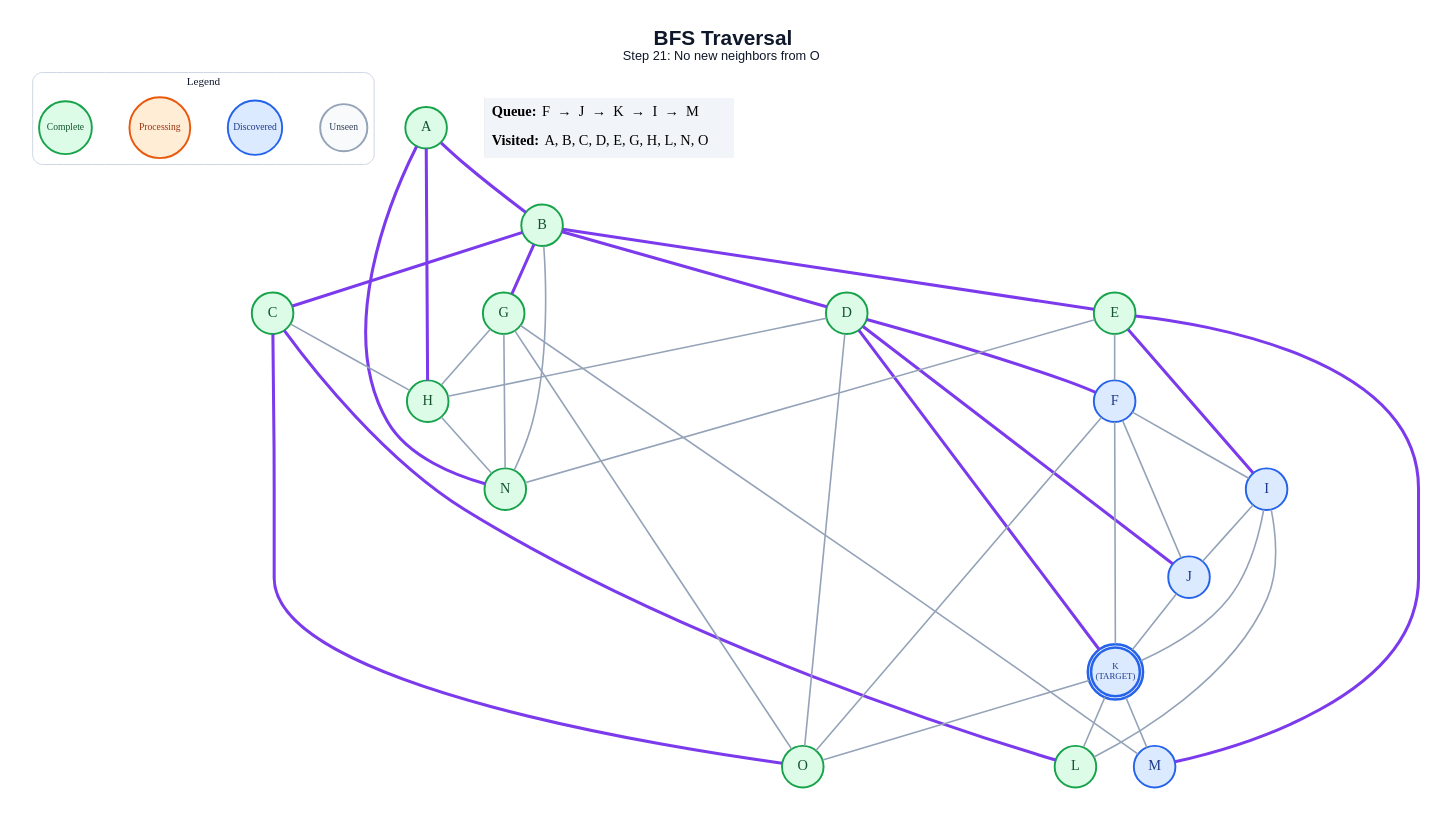
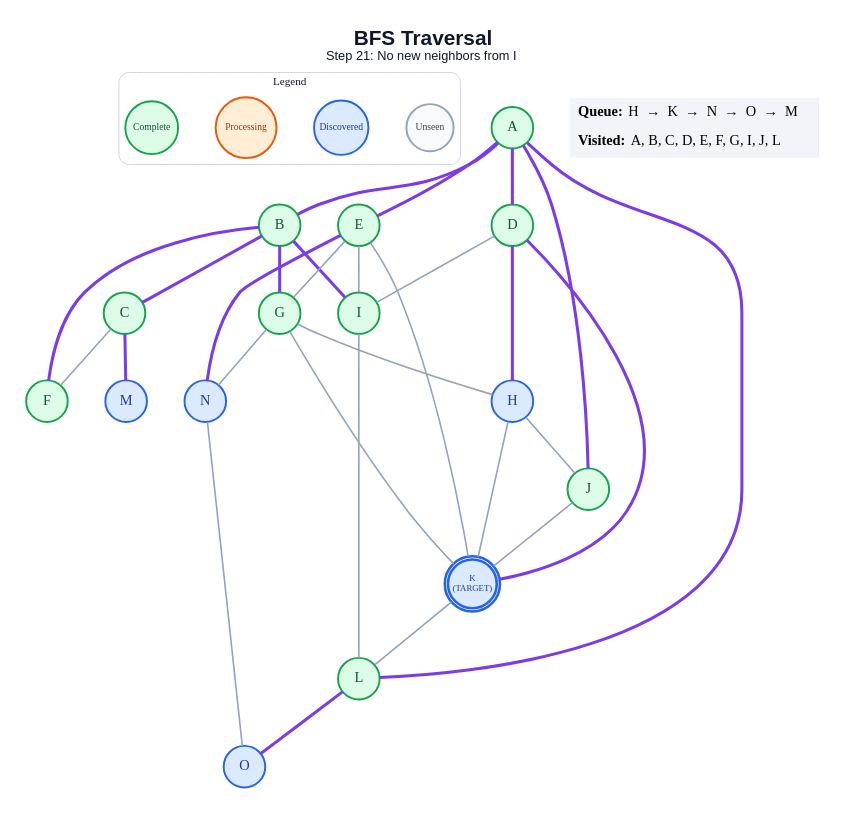
Before and after one commit to anon7238593-create/ai-slop: the diagram in generated/specific-node/bfs/step_21.dot, drawn with Graphviz. The commit also changed 253 other files, not shown here.

```diff
--- a/generated/specific-node/bfs/step_21.dot
+++ b/generated/specific-node/bfs/step_21.dot
@@ -1,70 +1,62 @@
 graph traversal {
   graph [layout=dot, rankdir=TB, bgcolor="#FFFFFF", pad="0.35", nodesep="0.65", ranksep="0.8", fontname="Arial"];
   node [shape=circle, style="filled", fontname="Arial Bold", fontsize=18, width=0.72, fixedsize=true, penwidth=2.4];
   edge [color="#94A3B8", penwidth=2.0];
-  label=<<B>BFS Traversal</B><BR/><FONT POINT-SIZE="16">Step 21: No new neighbors from O</FONT>>; labelloc="t"; fontsize=26; fontname="Arial"; fontcolor="#0F172A";
+  label=<<B>BFS Traversal</B><BR/><FONT POINT-SIZE="16">Step 21: No new neighbors from I</FONT>>; labelloc="t"; fontsize=26; fontname="Arial"; fontcolor="#0F172A";
   subgraph cluster_legend { label="Legend"; color="#CBD5E1"; penwidth=1.2; style="rounded"; fontsize=14; fontname="Arial Bold";
     key_unseen [label="Unseen", fillcolor="#F8FAFC", color="#94A3B8", fontcolor="#334155", fontsize=12, width=0.82];
     key_frontier [label="Discovered", fillcolor="#DBEAFE", color="#2563EB", fontcolor="#1E3A8A", fontsize=12, width=0.95];
     key_current [label="Processing", fillcolor="#FFEDD5", color="#EA580C", fontcolor="#9A3412", fontsize=12, width=1.05];
     key_done [label="Complete", fillcolor="#DCFCE7", color="#16A34A", fontcolor="#14532D", fontsize=12, width=0.92];
     { rank=same; key_unseen; key_frontier; key_current; key_done; }
   }
   A [label="A", fillcolor="#DCFCE7", color="#16A34A", fontcolor="#14532D", peripheries=1, penwidth=2.4];
   B [label="B", fillcolor="#DCFCE7", color="#16A34A", fontcolor="#14532D", peripheries=1, penwidth=2.4];
   C [label="C", fillcolor="#DCFCE7", color="#16A34A", fontcolor="#14532D", peripheries=1, penwidth=2.4];
   D [label="D", fillcolor="#DCFCE7", color="#16A34A", fontcolor="#14532D", peripheries=1, penwidth=2.4];
   E [label="E", fillcolor="#DCFCE7", color="#16A34A", fontcolor="#14532D", peripheries=1, penwidth=2.4];
-  F [label="F", fillcolor="#DBEAFE", color="#2563EB", fontcolor="#1E3A8A", peripheries=1, penwidth=2.4];
+  F [label="F", fillcolor="#DCFCE7", color="#16A34A", fontcolor="#14532D", peripheries=1, penwidth=2.4];
   G [label="G", fillcolor="#DCFCE7", color="#16A34A", fontcolor="#14532D", peripheries=1, penwidth=2.4];
-  H [label="H", fillcolor="#DCFCE7", color="#16A34A", fontcolor="#14532D", peripheries=1, penwidth=2.4];
-  I [label="I", fillcolor="#DBEAFE", color="#2563EB", fontcolor="#1E3A8A", peripheries=1, penwidth=2.4];
-  J [label="J", fillcolor="#DBEAFE", color="#2563EB", fontcolor="#1E3A8A", peripheries=1, penwidth=2.4];
+  H [label="H", fillcolor="#DBEAFE", color="#2563EB", fontcolor="#1E3A8A", peripheries=1, penwidth=2.4];
+  I [label="I", fillcolor="#DCFCE7", color="#16A34A", fontcolor="#14532D", peripheries=1, penwidth=2.4];
+  J [label="J", fillcolor="#DCFCE7", color="#16A34A", fontcolor="#14532D", peripheries=1, penwidth=2.4];
   K [label="K\n(TARGET)", fillcolor="#DBEAFE", color="#2563EB", fontcolor="#1E3A8A", peripheries=2, penwidth=3.2, fontsize=11, width=0.85, height=0.85];
   L [label="L", fillcolor="#DCFCE7", color="#16A34A", fontcolor="#14532D", peripheries=1, penwidth=2.4];
   M [label="M", fillcolor="#DBEAFE", color="#2563EB", fontcolor="#1E3A8A", peripheries=1, penwidth=2.4];
-  N [label="N", fillcolor="#DCFCE7", color="#16A34A", fontcolor="#14532D", peripheries=1, penwidth=2.4];
-  O [label="O", fillcolor="#DCFCE7", color="#16A34A", fontcolor="#14532D", peripheries=1, penwidth=2.4];
+  N [label="N", fillcolor="#DBEAFE", color="#2563EB", fontcolor="#1E3A8A", peripheries=1, penwidth=2.4];
+  O [label="O", fillcolor="#DBEAFE", color="#2563EB", fontcolor="#1E3A8A", peripheries=1, penwidth=2.4];
   A -- B [color="#7C3AED", penwidth=3.8];
-  A -- H [color="#7C3AED", penwidth=3.8];
-  A -- N [color="#7C3AED", penwidth=3.8];
+  A -- D [color="#7C3AED", penwidth=3.8];
+  A -- E [color="#7C3AED", penwidth=3.8];
+  A -- J [color="#7C3AED", penwidth=3.8];
+  A -- L [color="#7C3AED", penwidth=3.8];
   B -- C [color="#7C3AED", penwidth=3.8];
-  B -- D [color="#7C3AED", penwidth=3.8];
-  B -- E [color="#7C3AED", penwidth=3.8];
+  B -- F [color="#7C3AED", penwidth=3.8];
   B -- G [color="#7C3AED", penwidth=3.8];
-  B -- N;
-  C -- H;
-  C -- L [color="#7C3AED", penwidth=3.8];
-  C -- O [color="#7C3AED", penwidth=3.8];
-  D -- F [color="#7C3AED", penwidth=3.8];
-  D -- H;
-  D -- J [color="#7C3AED", penwidth=3.8];
+  B -- I [color="#7C3AED", penwidth=3.8];
+  C -- F;
+  C -- M [color="#7C3AED", penwidth=3.8];
+  D -- H [color="#7C3AED", penwidth=3.8];
+  D -- I;
   D -- K [color="#7C3AED", penwidth=3.8];
-  D -- O;
-  E -- F;
-  E -- I [color="#7C3AED", penwidth=3.8];
-  E -- M [color="#7C3AED", penwidth=3.8];
-  E -- N;
-  F -- I;
-  F -- J;
-  F -- K;
-  F -- O;
+  E -- G;
+  E -- I;
+  E -- K;
+  E -- N [color="#7C3AED", penwidth=3.8];
   G -- H;
-  G -- M;
+  G -- K;
   G -- N;
-  G -- O;
-  H -- N;
-  I -- J;
-  I -- K;
+  H -- J;
+  H -- K;
   I -- L;
   J -- K;
   K -- L;
-  K -- M;
-  K -- O;
+  L -- O [color="#7C3AED", penwidth=3.8];
+  N -- O;
   status [shape=plain, fixedsize=false, width=0, height=0, margin=0, label=<
     <TABLE BORDER="0" CELLBORDER="0" CELLPADDING="7" BGCOLOR="#F1F5F9">
-      <TR><TD ALIGN="LEFT"><B>Queue:</B> F  →  J  →  K  →  I  →  M</TD></TR>
-      <TR><TD ALIGN="LEFT"><B>Visited:</B> A, B, C, D, E, G, H, L, N, O</TD></TR>
+      <TR><TD ALIGN="LEFT"><B>Queue:</B> H  →  K  →  N  →  O  →  M</TD></TR>
+      <TR><TD ALIGN="LEFT"><B>Visited:</B> A, B, C, D, E, F, G, I, J, L</TD></TR>
     </TABLE>
   >];
 }
```
